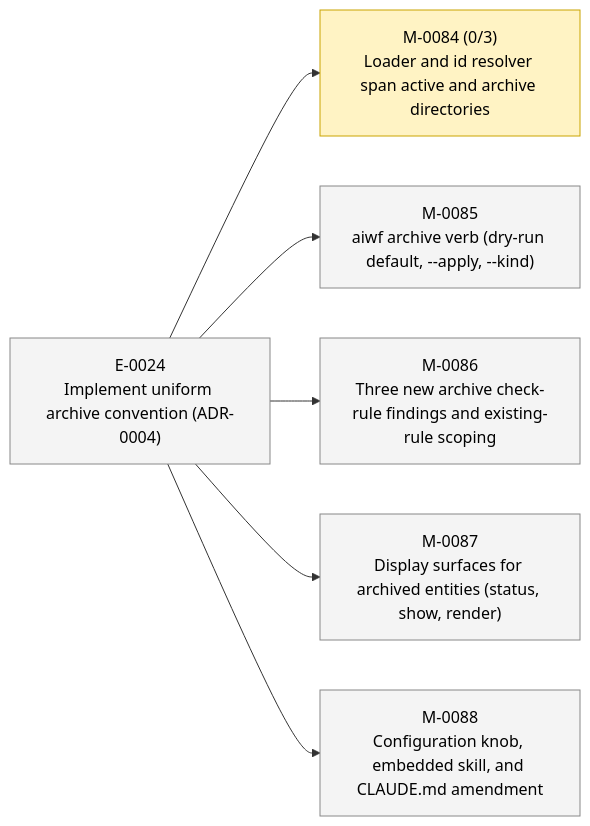
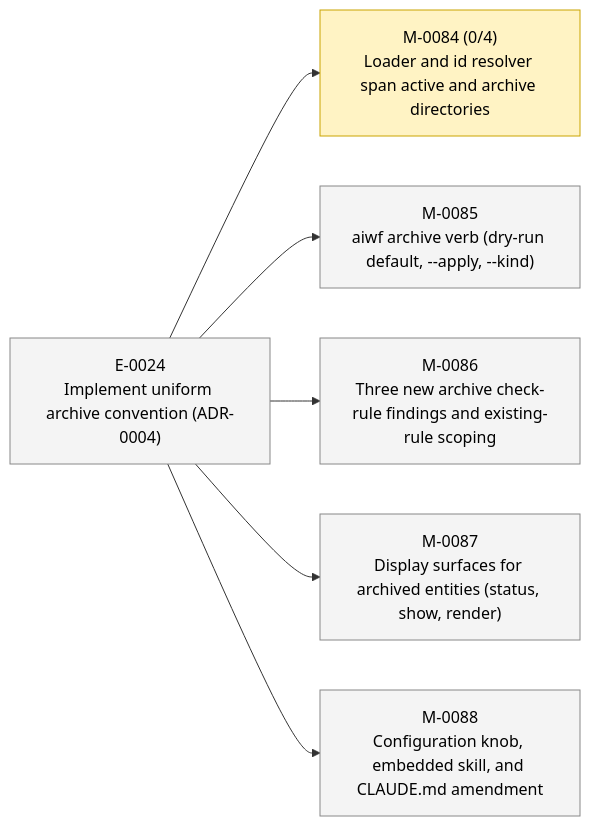
Before and after one commit to 23min/aiwf: the second of 2 diagrams in STATUS.md, drawn with Mermaid. The commit also changed other lines of this file and 1 other file, not shown here.

````diff
--- a/STATUS.md
+++ b/STATUS.md
@@ -49,20 +49,20 @@
 ```mermaid
 flowchart LR
   E_0024["E-0024<br/>Implement uniform archive convention (ADR-0004)"]:::epic_proposed
-  M_0084["M-0084 (0/3)<br/>Loader and id resolver span active and archive directories"]:::ms_in_progress
+  M_0084["M-0084 (0/4)<br/>Loader and id resolver span active and archive directories"]:::ms_in_progress
   E_0024 --> M_0084
   M_0085["M-0085<br/>aiwf archive verb (dry-run default, --apply, --kind)"]:::ms_draft
   E_0024 --> M_0085
   M_0086["M-0086<br/>Three new archive check-rule findings and existing-rule scoping"]:::ms_draft
   E_0024 --> M_0086
   M_0087["M-0087<br/>Display surfaces for archived entities (status, show, render)"]:::ms_draft
   E_0024 --> M_0087
   M_0088["M-0088<br/>Configuration knob, embedded skill, and CLAUDE.md amendment"]:::ms_draft
   E_0024 --> M_0088
   classDef epic_active fill:#d6eaff,stroke:#1a73e8,color:#000
   classDef epic_proposed fill:#f4f4f4,stroke:#888,color:#000
   classDef ms_done fill:#d8f5d8,stroke:#2a8a2a,color:#000
   classDef ms_in_progress fill:#fff3c4,stroke:#caa400,color:#000
   classDef ms_draft fill:#f4f4f4,stroke:#888,color:#000
   classDef ms_cancelled fill:#fbeaea,stroke:#c33,color:#000
 ```
````
